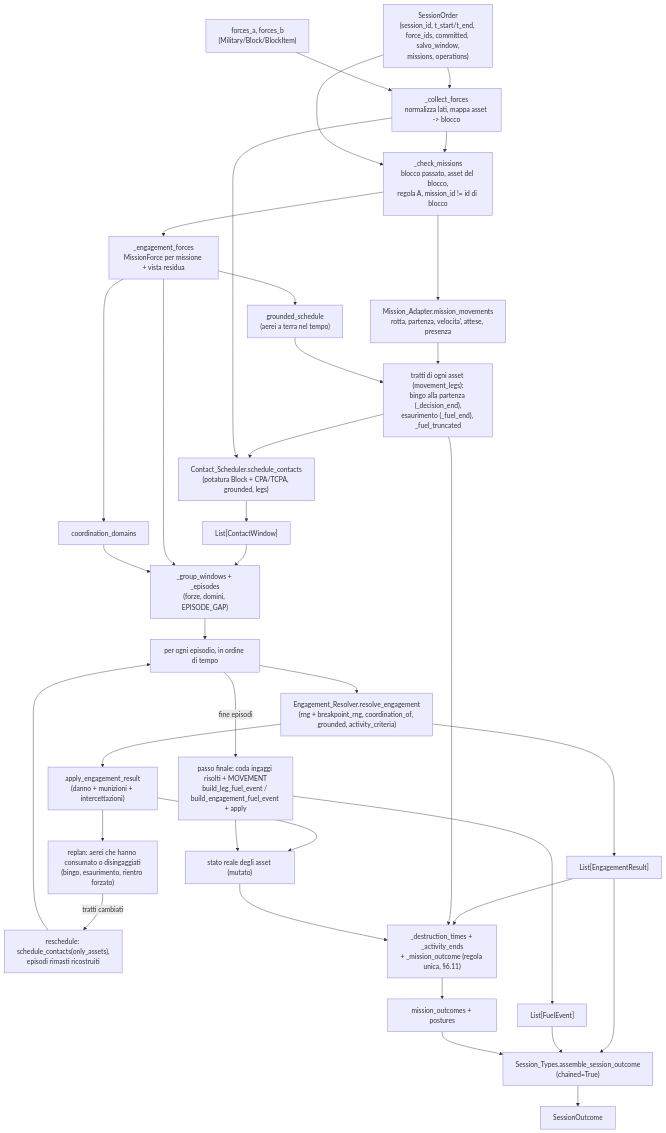
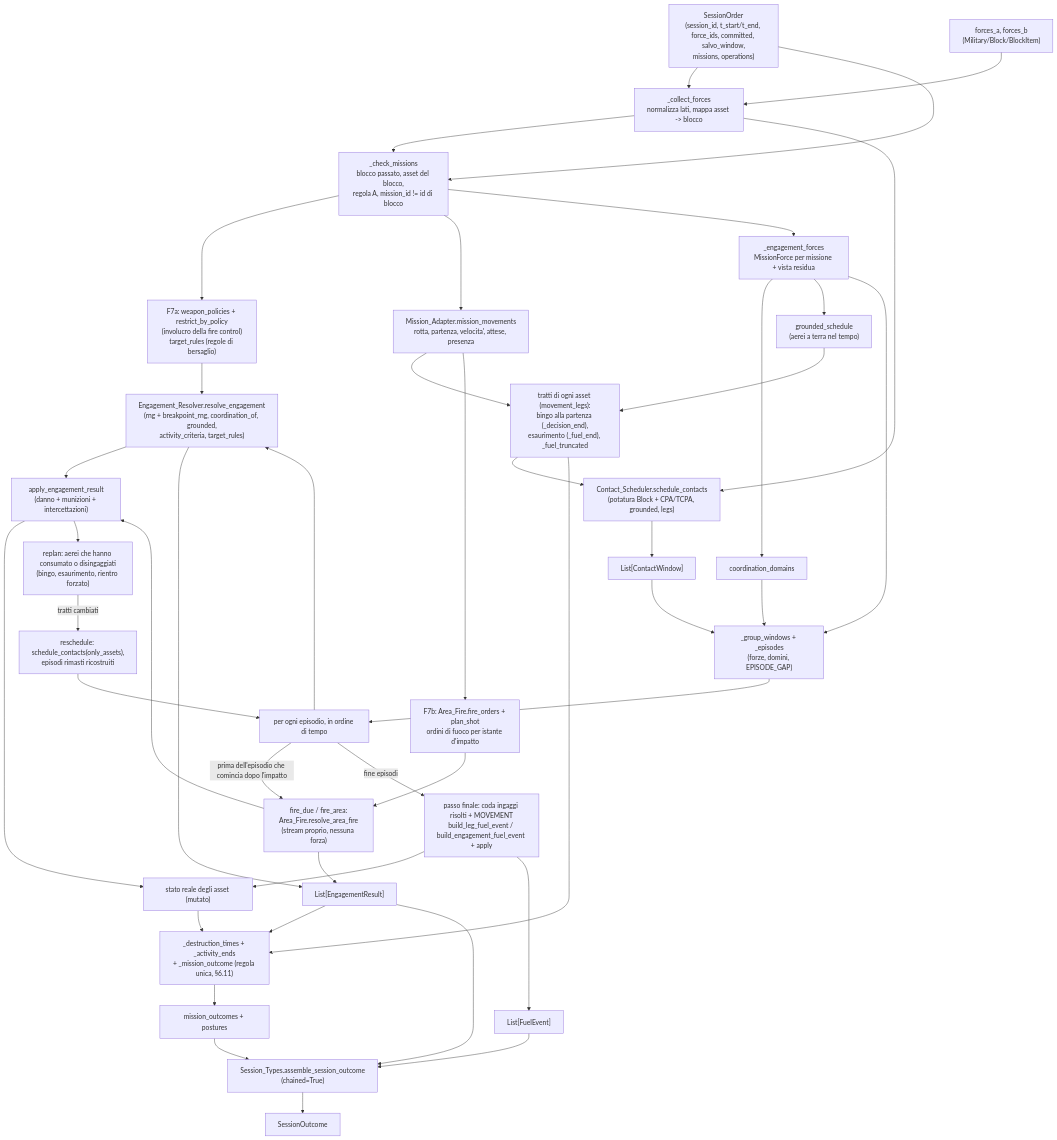
Before and after one commit to MakusIV/Warfare-Model: the first of 15 diagrams in Analysis/Document/Manuale_Motore_DES/07_Orchestratore_Session_Simulator.md, drawn with Mermaid. The commit also changed other lines of this file and 9 other files, not shown here.

Commit message:
Manuale DES aggiornato a dcedc541: F7a (regole d'ingaggio di missione), correzione A-10C, F7b (fuoco su posizione, Area_Fire, AREA_FIRE_EVENT), S28/S29, fotografia 982, §9.6 voci 14-18 e 12 chiuse, nuove voci 22-23

````diff
--- a/Analysis/Document/Manuale_Motore_DES/07_Orchestratore_Session_Simulator.md
+++ b/Analysis/Document/Manuale_Motore_DES/07_Orchestratore_Session_Simulator.md
@@ -283,46 +307,53 @@
 ```mermaid
 flowchart TD
     ORD["SessionOrder<br/>(session_id, t_start/t_end, force_ids, committed, salvo_window,<br/>missions, operations)"]
     FORCES["forces_a, forces_b<br/>(Military/Block/BlockItem)"]
 
     ORD --> COLLECT["_collect_forces<br/>normalizza lati, mappa asset -> blocco"]
     FORCES --> COLLECT
     COLLECT --> CHECK["_check_missions<br/>blocco passato, asset del blocco,<br/>regola A, mission_id != id di blocco"]
     ORD --> CHECK
+    CHECK --> POL["F7a: weapon_policies + restrict_by_policy<br/>(involucro della fire control)<br/>target_rules (regole di bersaglio)"]
     CHECK --> MA["Mission_Adapter.mission_movements<br/>rotta, partenza, velocita', attese, presenza"]
     CHECK --> EF["_engagement_forces<br/>MissionForce per missione + vista residua"]
     EF --> DOM["coordination_domains"]
     EF --> GRD["grounded_schedule<br/>(aerei a terra nel tempo)"]
 
     MA --> LEGS["tratti di ogni asset (movement_legs):<br/>bingo alla partenza (_decision_end),<br/>esaurimento (_fuel_end), _fuel_truncated"]
     GRD --> LEGS
     LEGS --> SCHED["Contact_Scheduler.schedule_contacts<br/>(potatura Block + CPA/TCPA, grounded, legs)"]
     COLLECT --> SCHED
     SCHED --> WINDOWS["List[ContactWindow]"]
     WINDOWS --> GROUP["_group_windows + _episodes<br/>(forze, domini, EPISODE_GAP)"]
     EF --> GROUP
     DOM --> GROUP
 
     GROUP --> LOOP["per ogni episodio, in ordine di tempo"]
-    LOOP --> ER["Engagement_Resolver.resolve_engagement<br/>(rng + breakpoint_rng, coordination_of, grounded, activity_criteria)"]
+    MA --> AFO["F7b: Area_Fire.fire_orders + plan_shot<br/>ordini di fuoco per istante d'impatto"]
+    AFO --> AFE["fire_due / fire_area:<br/>Area_Fire.resolve_area_fire<br/>(stream proprio, nessuna forza)"]
+    LOOP -->|"prima dell'episodio che comincia dopo l'impatto"| AFE
+    AFE --> APPLY
+    LOOP --> ER["Engagement_Resolver.resolve_engagement<br/>(rng + breakpoint_rng, coordination_of, grounded,<br/>activity_criteria, target_rules)"]
     ER --> APPLY["apply_engagement_result<br/>(danno + munizioni + intercettazioni)"]
     APPLY --> STATE["stato reale degli asset (mutato)"]
     APPLY --> REPLAN["replan: aerei che hanno consumato o disingaggiati<br/>(bingo, esaurimento, rientro forzato)"]
     REPLAN -->|tratti cambiati| RESCHED["reschedule: schedule_contacts(only_assets),<br/>episodi rimasti ricostruiti"]
     RESCHED --> LOOP
 
     LOOP -->|fine episodi| FUEL["passo finale: coda ingaggi risolti + MOVEMENT<br/>build_leg_fuel_event / build_engagement_fuel_event + apply"]
     FUEL --> STATE
+    POL --> ER
     ER --> RESULTS["List[EngagementResult]"]
+    AFE --> RESULTS
     FUEL --> FEVENTS["List[FuelEvent]"]
 
     RESULTS --> MOUT["_destruction_times + _activity_ends<br/>+ _mission_outcome (regola unica, §6.11)"]
     LEGS --> MOUT
     STATE --> MOUT
     MOUT --> MOS["mission_outcomes + postures"]
 
     RESULTS --> ASSEMBLE["Session_Types.assemble_session_outcome<br/>(chained=True)"]
     FEVENTS --> ASSEMBLE
     MOS --> ASSEMBLE
     ASSEMBLE --> OUT["SessionOutcome"]
 ```
````
